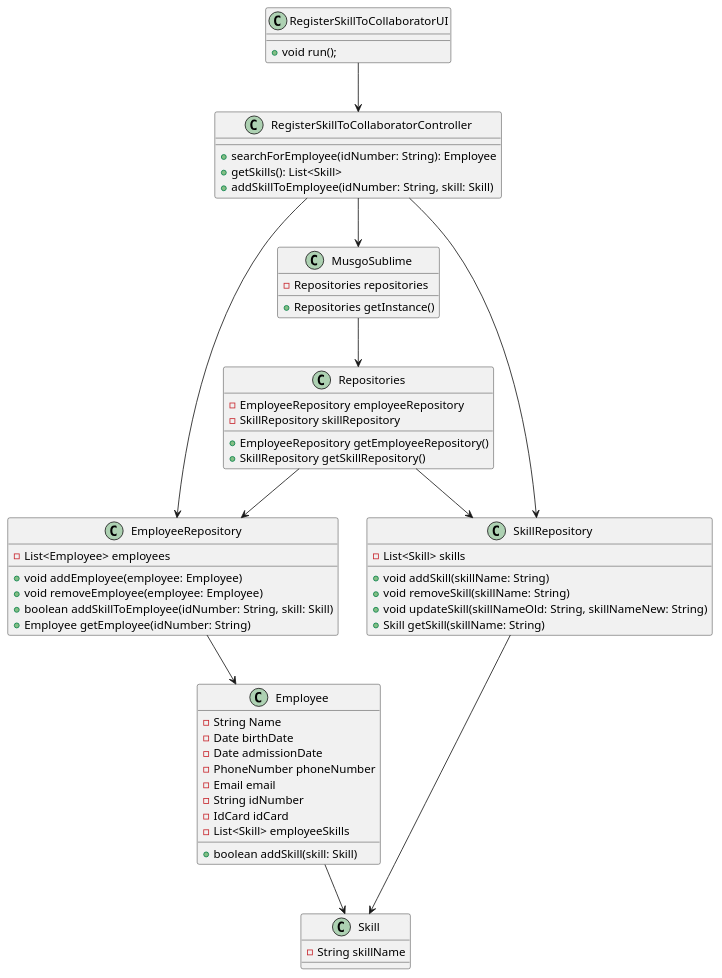
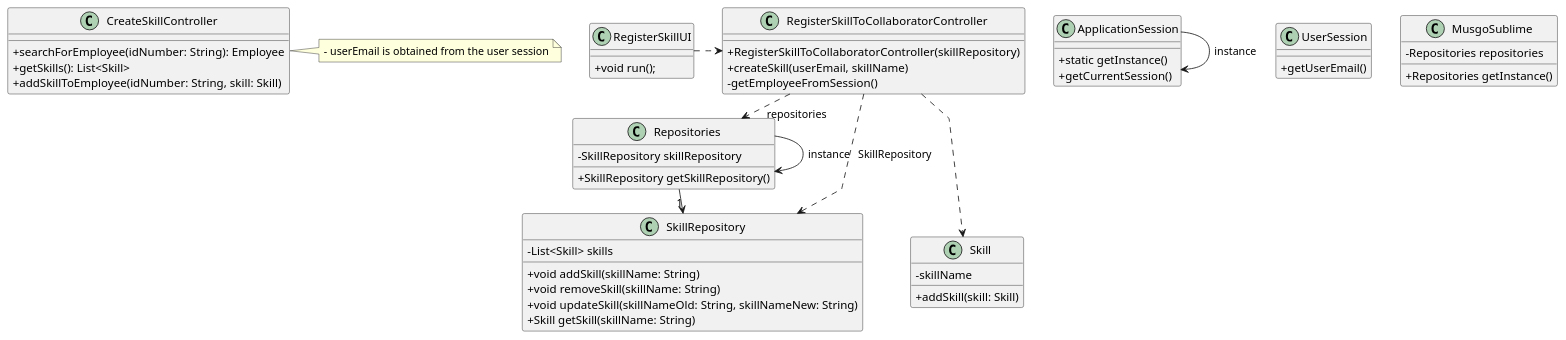
Before and after one commit to Departamento-de-Engenharia-Informatica/greenspace-management: the diagram in docs/sprintB/us004/03.design/puml/us004-class-diagram.puml, drawn with PlantUML.

Commit message:
US04 Class Diagram Updated

```diff
--- a/docs/sprintB/us004/03.design/puml/us004-class-diagram.puml
+++ b/docs/sprintB/us004/03.design/puml/us004-class-diagram.puml
@@ -1,80 +1,83 @@
-@startuml US004 - As an HRM i want to assign one or more skills to a collaborator
+@startuml
 
-class MusgoSublime{
-    - Repositories repositories
+'skinparam monochrome true
+skinparam packageStyle rectangle
+skinparam shadowing false
+skinparam linetype polyline
+'skinparam linetype orto
 
-    + Repositories getInstance()
+skinparam classAttributeIconSize 0
+
+'left to right direction
+
+class ApplicationSession
+{
+    + static getInstance()
+    + getCurrentSession()
 }
 
-class Repositories{
-    - EmployeeRepository employeeRepository
-    - SkillRepository skillRepository
-
-    + EmployeeRepository getEmployeeRepository()
-    + SkillRepository getSkillRepository()
+class UserSession
+{
+    + getUserEmail()
 }
 
-class EmployeeRepository{
-    - List<Employee> employees
+class Skill {
+    - skillName
 
-    + void addEmployee(employee: Employee)
-    + void removeEmployee(employee: Employee)
-    + boolean addSkillToEmployee(idNumber: String, skill: Skill)
-    + Employee getEmployee(idNumber: String)
+    + addSkill(skill: Skill)
 }
 
 class SkillRepository{
     - List<Skill> skills
 
     + void addSkill(skillName: String)
     + void removeSkill(skillName: String)
     + void updateSkill(skillNameOld: String, skillNameNew: String)
     + Skill getSkill(skillName: String)
 }
 
-class RegisterSkillToCollaboratorUI{
+class CreateSkillController {
+    + searchForEmployee(idNumber: String): Employee
+    + getSkills(): List<Skill>
+    + addSkillToEmployee(idNumber: String, skill: Skill)
+}
+
+class RegisterSkillUI {
     + void run();
 }
 
-class RegisterSkillToCollaboratorController{
-    + searchForEmployee(idNumber: String): Employee
-    + getSkills(): List<Skill>
-    + addSkillToEmployee(idNumber: String, skill: Skill)
-    }
+class MusgoSublime{
+    - Repositories repositories
 
-
-
-class Employee{
-    - String Name
-    - Date birthDate
-    - Date admissionDate
-    - PhoneNumber phoneNumber
-    - Email email
-    - String idNumber
-    - IdCard idCard
-    - List<Skill> employeeSkills
-
-    + boolean addSkill(skill: Skill)
+    + Repositories getInstance()
 }
 
-class Skill{
-    - String skillName
+class Repositories{
+    - SkillRepository skillRepository
+
+    + SkillRepository getSkillRepository()
 }
 
-RegisterSkillToCollaboratorUI --> RegisterSkillToCollaboratorController
-RegisterSkillToCollaboratorController --> MusgoSublime
-RegisterSkillToCollaboratorController --> EmployeeRepository
-RegisterSkillToCollaboratorController --> SkillRepository
+class RegisterSkillToCollaboratorController{
+    + RegisterSkillToCollaboratorController(skillRepository)
+    + createSkill(userEmail, skillName)
+    - getEmployeeFromSession()
+}
 
+note right of CreateSkillController
+    - userEmail is obtained from the user session
+end note
 
-MusgoSublime  --> Repositories
-Repositories --> EmployeeRepository
-Repositories --> SkillRepository
-EmployeeRepository --> Employee
-SkillRepository --> Skill
+Repositories -> Repositories : instance
+ApplicationSession -> ApplicationSession : instance
 
-Employee --> Skill
+RegisterSkillUI .> RegisterSkillToCollaboratorController
 
+RegisterSkillToCollaboratorController .> Repositories : repositories
 
+Repositories -> "1" SkillRepository
+
+RegisterSkillToCollaboratorController ..> Skill
+RegisterSkillToCollaboratorController ..> SkillRepository : SkillRepository
 
 @enduml
```
